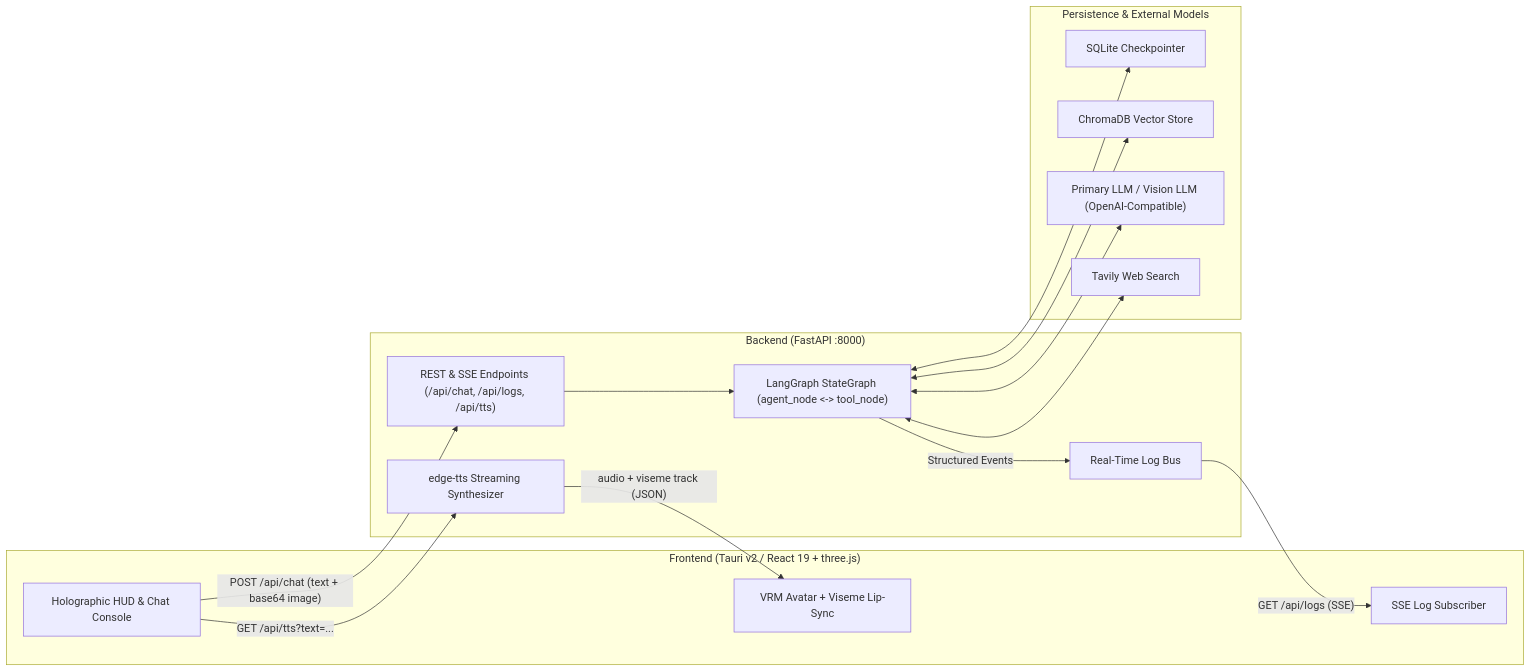
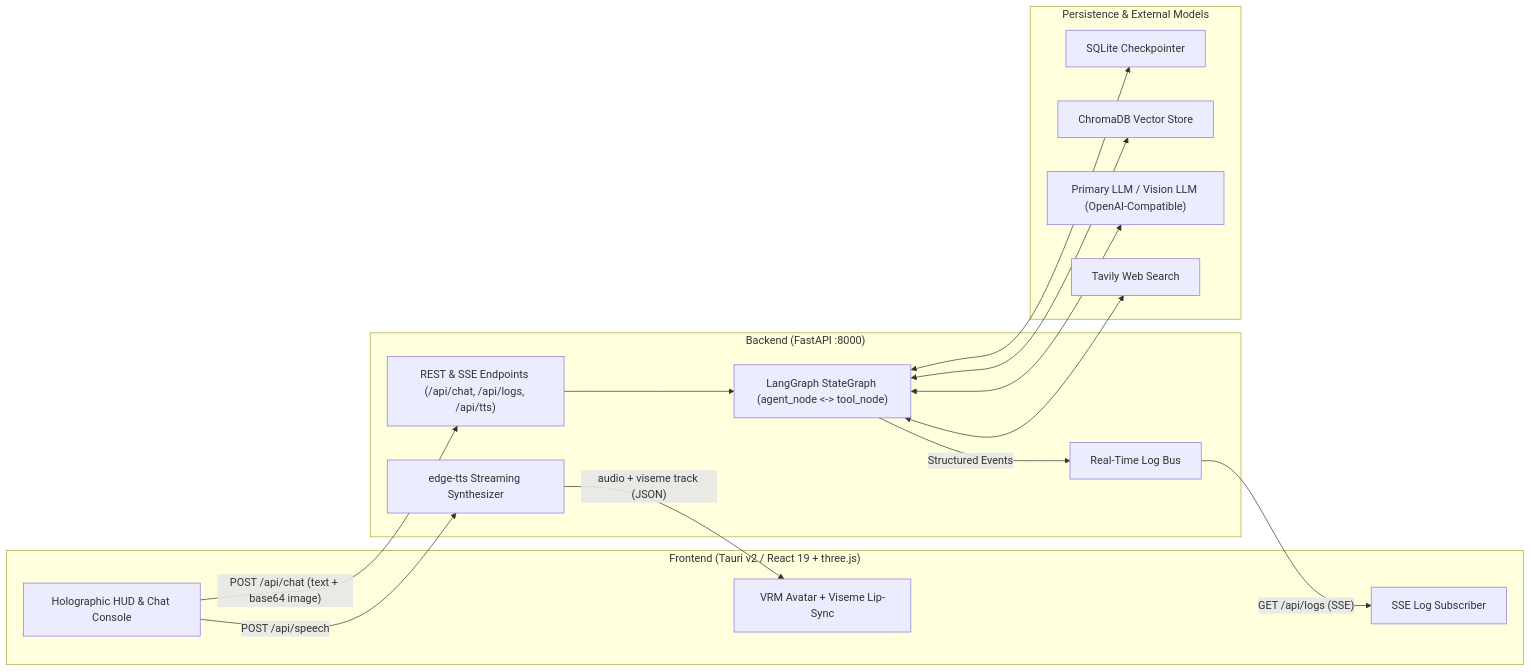
The diagram in docs/feature-overview.md (guayu12/mercy-protocol), drawn with Mermaid before and after one commit.

Commit message:
Update TTS flow in feature overview diagram

````diff
--- a/docs/feature-overview.md
+++ b/docs/feature-overview.md
@@ -58,33 +58,33 @@
 ```mermaid
 flowchart LR
     subgraph Frontend ["Frontend (Tauri v2 / React 19 + three.js)"]
         UI["Holographic HUD & Chat Console"]
         L2D["VRM Avatar + Viseme Lip-Sync"]
         SSE_C["SSE Log Subscriber"]
     end
 
     subgraph Backend ["Backend (FastAPI :8000)"]
         API["REST & SSE Endpoints (/api/chat, /api/logs, /api/tts)"]
         BUS["Real-Time Log Bus"]
         LG["LangGraph StateGraph (agent_node <-> tool_node)"]
         TTS["edge-tts Streaming Synthesizer"]
     end
 
     subgraph Storage_External ["Persistence & External Models"]
         SQL["SQLite Checkpointer"]
         CHROMA["ChromaDB Vector Store"]
         LLM["Primary LLM / Vision LLM (OpenAI-Compatible)"]
         TAV["Tavily Web Search"]
     end
 
     UI -- "POST /api/chat (text + base64 image)" --> API
     API --> LG
     LG <--> SQL
     LG <--> CHROMA
     LG <--> LLM
     LG <--> TAV
     LG -- "Structured Events" --> BUS
     BUS -- "GET /api/logs (SSE)" --> SSE_C
-    UI -- "GET /api/tts?text=..." --> TTS
+    UI -- "POST /api/speech" --> TTS
     TTS -- "audio + viseme track (JSON)" --> L2D
 ```
````
